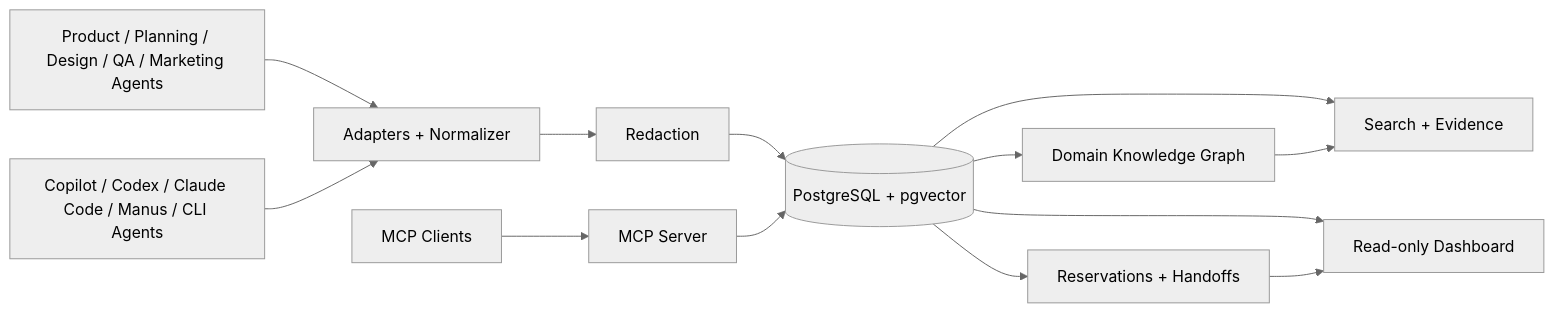
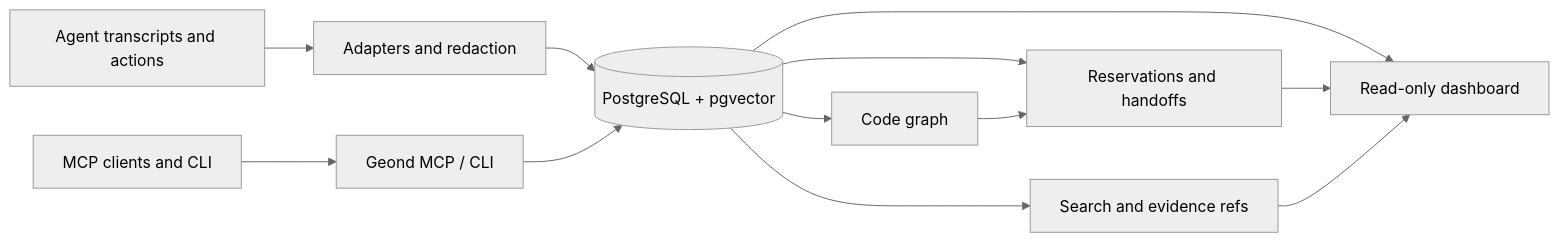
The diagram in README.md (geondongkim/geond-agent-protocol), drawn with Mermaid (neutral theme) before and after one commit. The commit also changed other lines of this file and 5 other files, not shown here.

````diff
--- a/README.md
+++ b/README.md
@@ -59,15 +93,14 @@
 ```mermaid
 flowchart LR
-    A[Product / Planning / Design / QA / Marketing Agents] --> N[Adapters + Normalizer]
-    B[Copilot / Codex / Claude Code / Manus / CLI Agents] --> N
-    C[MCP Clients] --> M[MCP Server]
-    N --> R[Redaction]
-    R --> P[(PostgreSQL + pgvector)]
+    A[Agent transcripts and actions] --> B[Adapters and redaction]
+    B --> P[(PostgreSQL + pgvector)]
+    C[MCP clients and CLI] --> M[Geond MCP / CLI]
     M --> P
-    P --> G[Domain Knowledge Graph]
-    P --> Q[Search + Evidence]
-    P --> C1[Reservations + Handoffs]
-    P --> D[Read-only Dashboard]
-    G --> Q
-    C1 --> D
+    P --> S[Search and evidence refs]
+    P --> G[Code graph]
+    P --> R[Reservations and handoffs]
+    P --> D[Read-only dashboard]
+    G --> R
+    R --> D
+    S --> D
 ```
````
